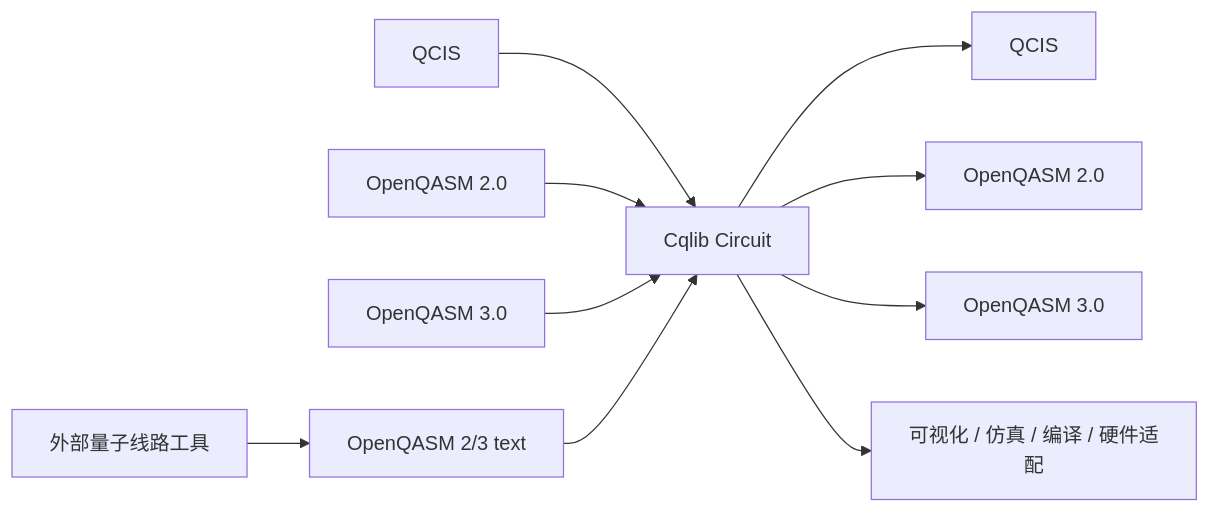
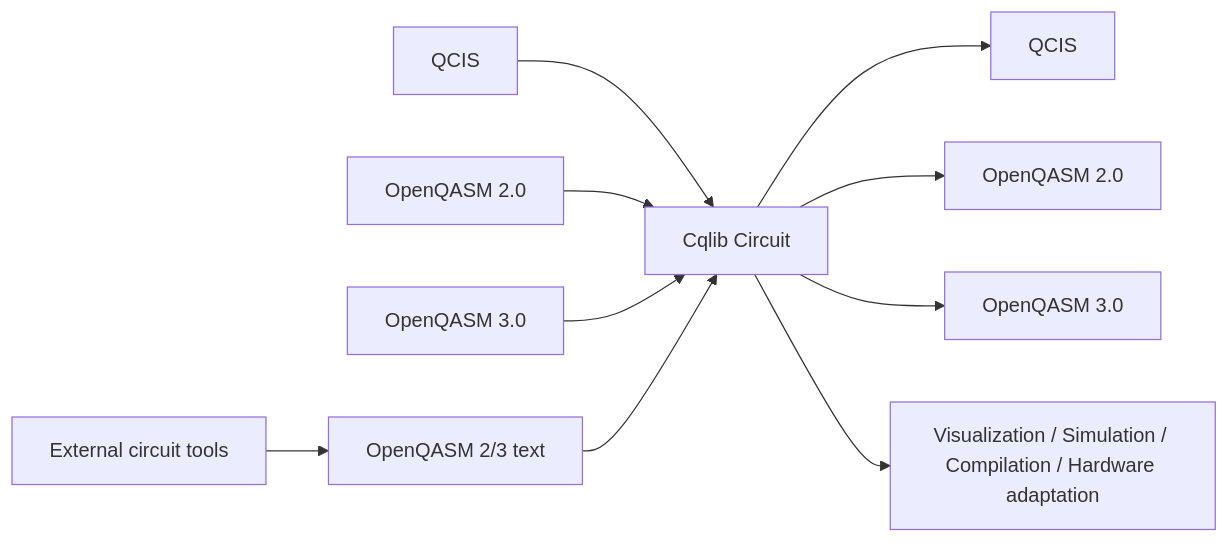
Before and after one commit to 1734/cqlib: the diagram in docs/documentation/en/1_cqlib/1_ir/4_conversion_workflow.md, drawn with Mermaid. The commit also changed other lines of this file and 32 other files, not shown here.

````diff
--- a/docs/documentation/en/1_cqlib/1_ir/4_conversion_workflow.md
+++ b/docs/documentation/en/1_cqlib/1_ir/4_conversion_workflow.md
@@ -13,11 +13,11 @@
 ```mermaid
 flowchart LR
     A["QCIS"] --> C["Cqlib Circuit"]
     B["OpenQASM 2.0"] --> C
     D["OpenQASM 3.0"] --> C
-    E["外部量子线路工具"] --> F["OpenQASM 2/3 text"] --> C
+    E["External circuit tools"] --> F["OpenQASM 2/3 text"] --> C
     C --> G["QCIS"]
     C --> H["OpenQASM 2.0"]
     C --> I["OpenQASM 3.0"]
-    C --> J["可视化 / 仿真 / 编译 / 硬件适配"]
+    C --> J["Visualization / Simulation / Compilation / Hardware adaptation"]
 ```
````
